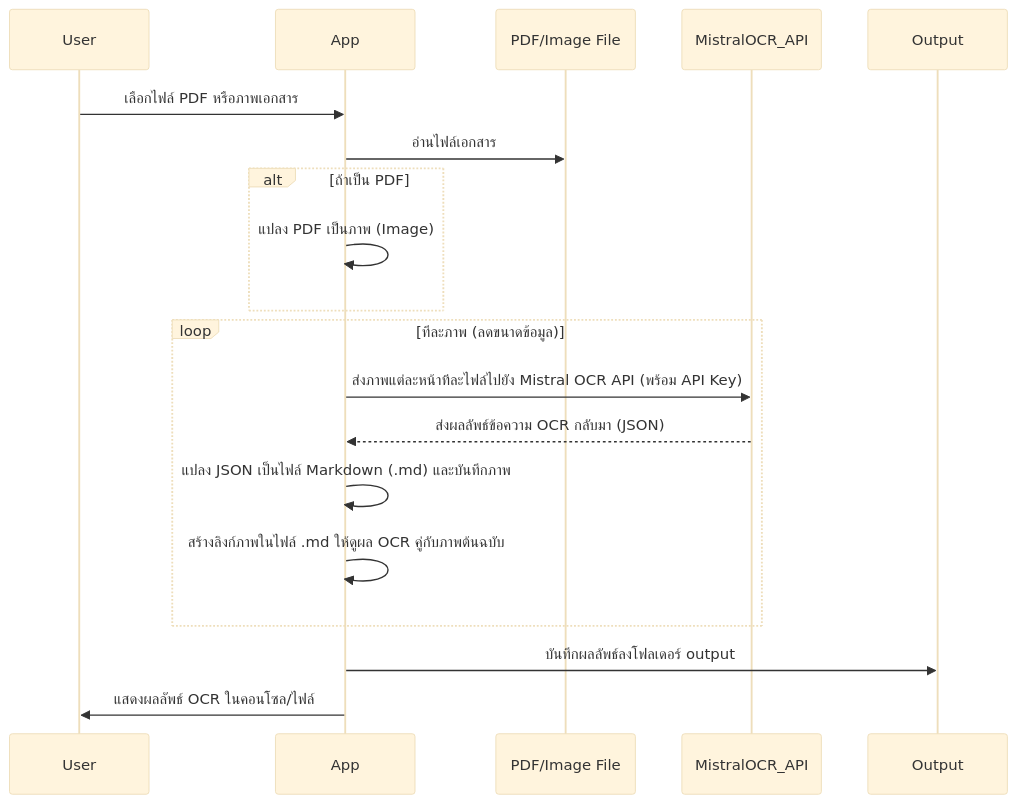
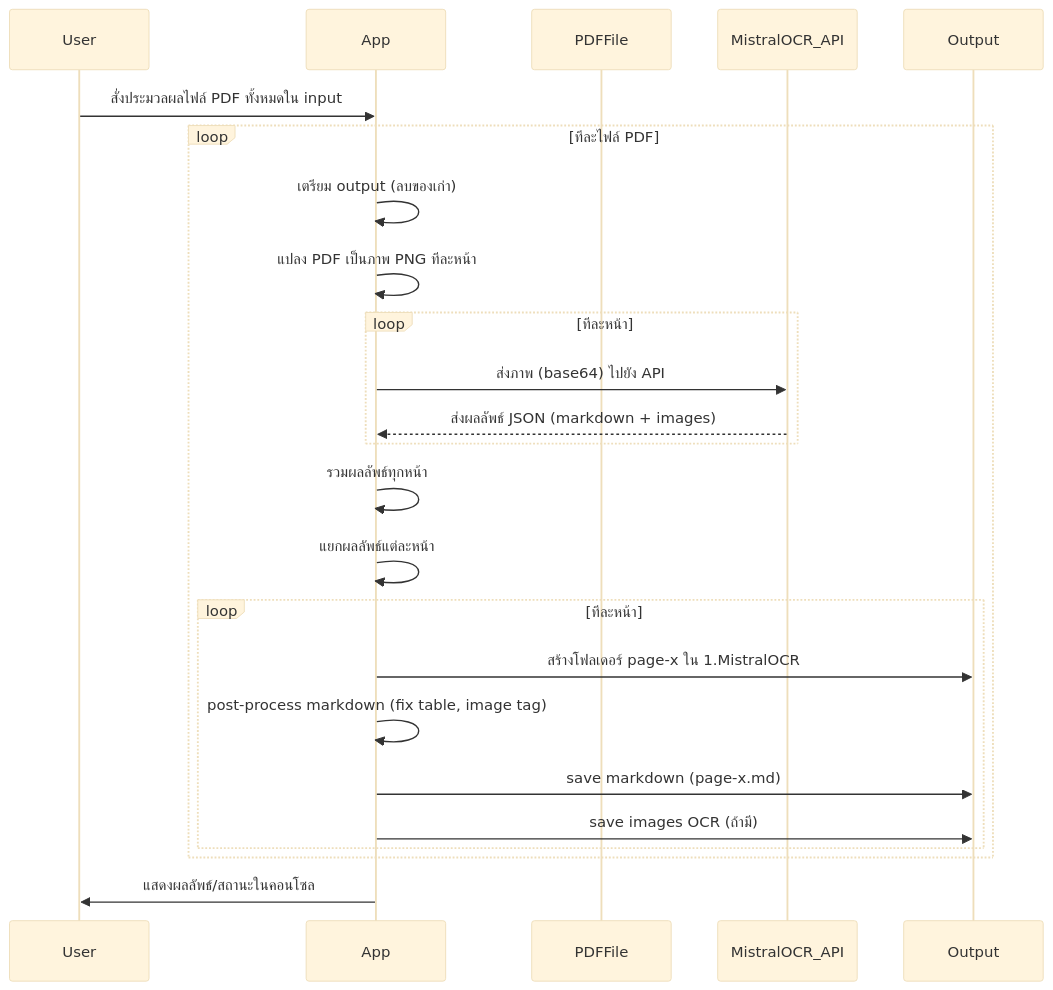
Before and after one commit to ponggun/poc-mistral-ocr: the diagram in blog.md, drawn with Mermaid (base theme). The commit also changed other lines of this file and 13 other files, not shown here.

Commit message:
Enhance markdown processing and update documentation with OCR results and usage examples

````diff
--- a/blog.md
+++ b/blog.md
@@ -57,22 +62,27 @@
 ```mermaid
 sequenceDiagram
     participant User
     participant App
-    participant PDF/Image File
+    participant PDFFile
     participant MistralOCR_API
     participant Output
 
-    User->>App: เลือกไฟล์ PDF หรือภาพเอกสาร
-    App->>PDF/Image File: อ่านไฟล์เอกสาร
-    alt ถ้าเป็น PDF
-        App->>App: แปลง PDF เป็นภาพ (Image)
+    User->>App: สั่งประมวลผลไฟล์ PDF ทั้งหมดใน input
+    loop ทีละไฟล์ PDF
+        App->>App: เตรียม output (ลบของเก่า)
+        App->>App: แปลง PDF เป็นภาพ PNG ทีละหน้า
+        loop ทีละหน้า
+            App->>MistralOCR_API: ส่งภาพ (base64) ไปยัง API
+            MistralOCR_API-->>App: ส่งผลลัพธ์ JSON (markdown + images)
+        end
+        App->>App: รวมผลลัพธ์ทุกหน้า
+        App->>App: แยกผลลัพธ์แต่ละหน้า
+        loop ทีละหน้า
+            App->>Output: สร้างโฟลเดอร์ page-x ใน 1.MistralOCR
+            App->>App: post-process markdown (fix table, image tag)
+            App->>Output: save markdown (page-x.md)
+            App->>Output: save images OCR (ถ้ามี)
+        end
     end
-    loop ทีละภาพ (ลดขนาดข้อมูล)
-        App->>MistralOCR_API: ส่งภาพแต่ละหน้าทีละไฟล์ไปยัง Mistral OCR API (พร้อม API Key)
-        MistralOCR_API-->>App: ส่งผลลัพธ์ข้อความ OCR กลับมา (JSON)
-        App->>App: แปลง JSON เป็นไฟล์ Markdown (.md) และบันทึกภาพ
-        App->>App: สร้างลิงก์ภาพในไฟล์ .md ให้ดูผล OCR คู่กับภาพต้นฉบับ
-    end
-    App->>Output: บันทึกผลลัพธ์ลงโฟลเดอร์ output
-    App->>User: แสดงผลลัพธ์ OCR ในคอนโซล/ไฟล์
+    App->>User: แสดงผลลัพธ์/สถานะในคอนโซล
 ```
````
